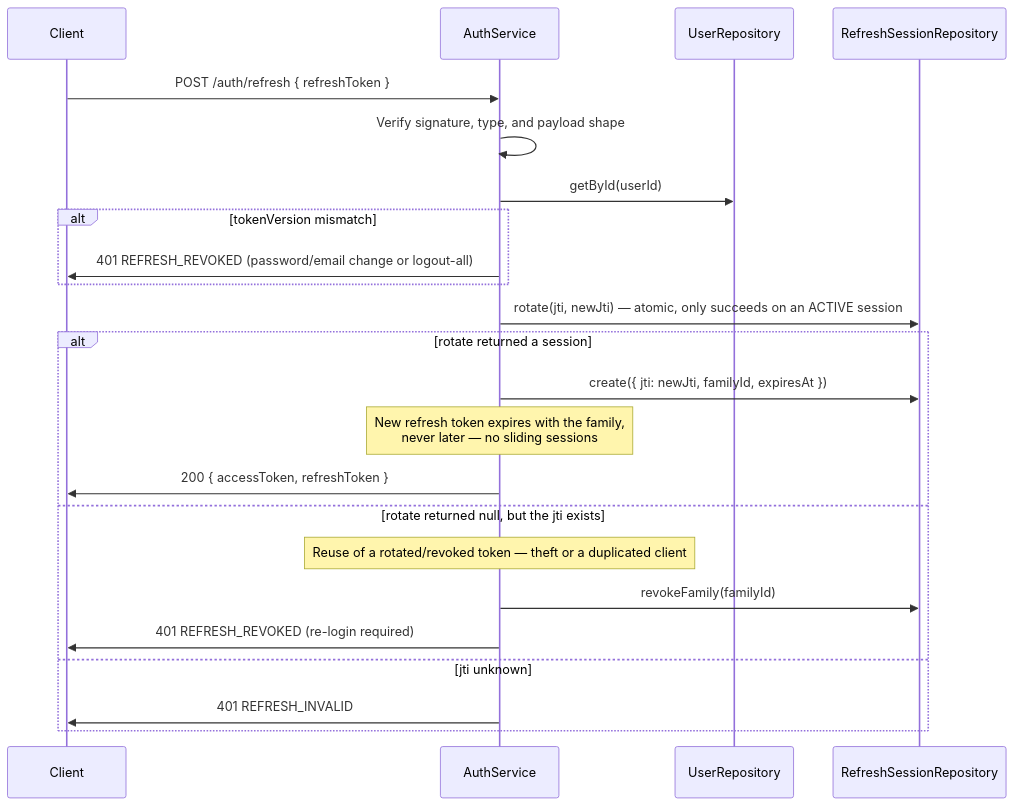
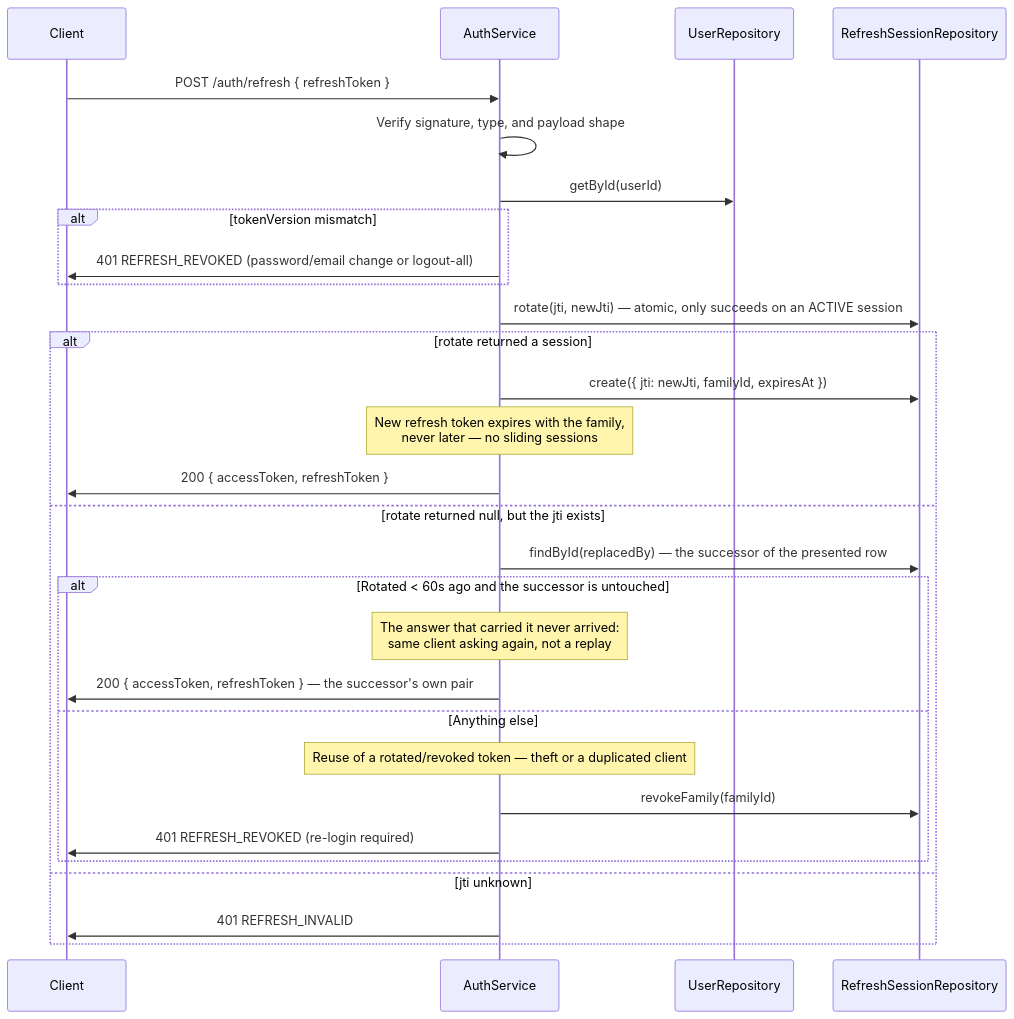
The second of 2 diagrams in docs/modules/auth.md (alex16jpv/lag-money-manager), drawn with Mermaid before and after one commit. The commit also changed other lines of this file and 7 other files, not shown here.

First line of the commit message:
fix(auth): keep the family alive when a rotation's answer is lost (H-37)

````diff
--- a/docs/modules/auth.md
+++ b/docs/modules/auth.md
@@ -180,26 +198,32 @@
 ```mermaid
 sequenceDiagram
     participant C as Client
     participant SVC as AuthService
     participant REPO as UserRepository
     participant SESS as RefreshSessionRepository
 
     C->>SVC: POST /auth/refresh { refreshToken }
     SVC->>SVC: Verify signature, type, and payload shape
     SVC->>REPO: getById(userId)
     alt tokenVersion mismatch
         SVC->>C: 401 REFRESH_REVOKED (password/email change or logout-all)
     end
     SVC->>SESS: rotate(jti, newJti) — atomic, only succeeds on an ACTIVE session
     alt rotate returned a session
         SVC->>SESS: create({ jti: newJti, familyId, expiresAt })
         Note over SVC: New refresh token expires with the family,<br/>never later — no sliding sessions
         SVC->>C: 200 { accessToken, refreshToken }
     else rotate returned null, but the jti exists
-        Note over SVC: Reuse of a rotated/revoked token — theft or a duplicated client
-        SVC->>SESS: revokeFamily(familyId)
-        SVC->>C: 401 REFRESH_REVOKED (re-login required)
+        SVC->>SESS: findById(replacedBy) — the successor of the presented row
+        alt Rotated < 60s ago and the successor is untouched
+            Note over SVC: The answer that carried it never arrived:<br/>same client asking again, not a replay
+            SVC->>C: 200 { accessToken, refreshToken } — the successor's own pair
+        else Anything else
+            Note over SVC: Reuse of a rotated/revoked token — theft or a duplicated client
+            SVC->>SESS: revokeFamily(familyId)
+            SVC->>C: 401 REFRESH_REVOKED (re-login required)
+        end
     else jti unknown
         SVC->>C: 401 REFRESH_INVALID
     end
 ```
````
